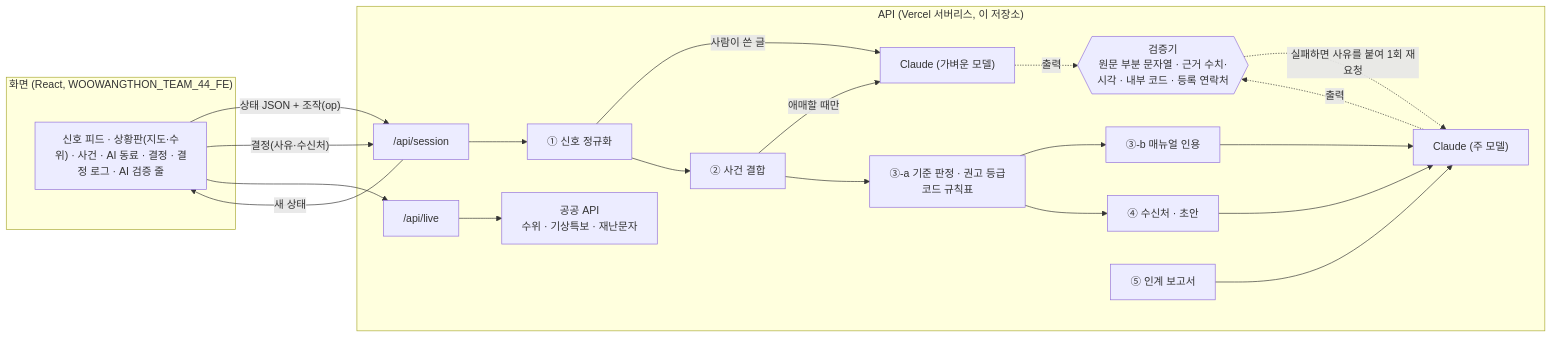
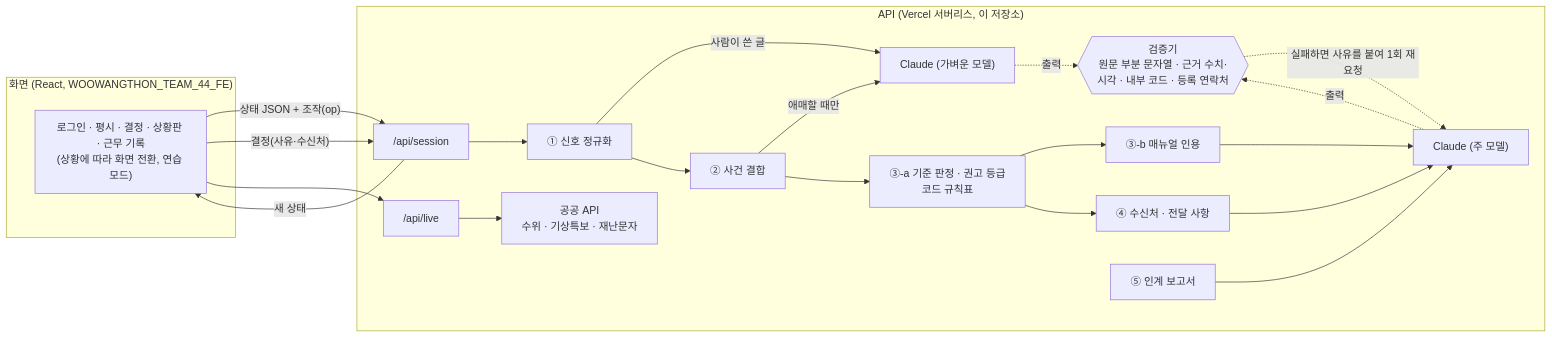
Before and after one commit to woowangthon/WOOWANGTHON_TEAM_44_BE: the diagram in README.md, drawn with Mermaid. The commit also changed other lines of this file and 14 other files, not shown here.

````diff
--- a/README.md
+++ b/README.md
@@ -49,27 +52,27 @@
 ```mermaid
 flowchart LR
   subgraph FE["화면 (React, WOOWANGTHON_TEAM_44_FE)"]
-    UI["신호 피드 · 상황판(지도·수위) · 사건 · AI 동료 · 결정 · 결정 로그 · AI 검증 줄"]
+    UI["로그인 · 평시 · 결정 · 상황판 · 근무 기록<br/>(상황에 따라 화면 전환, 연습 모드)"]
   end
   subgraph BE["API (Vercel 서버리스, 이 저장소)"]
     S["/api/session"] --> N["① 신호 정규화"]
     N -->|사람이 쓴 글| L1["Claude (가벼운 모델)"]
     N --> A["② 사건 결합"]
     A -->|애매할 때만| L1
     A --> C["③-a 기준 판정 · 권고 등급<br/>코드 규칙표"]
     C --> Q["③-b 매뉴얼 인용"]
     Q --> L2["Claude (주 모델)"]
-    C --> D["④ 수신처 · 초안"]
+    C --> D["④ 수신처 · 전달 사항"]
     D --> L2
     V{{"검증기<br/>원문 부분 문자열 · 근거 수치·시각 · 내부 코드 · 등록 연락처"}}
     L1 -.출력.-> V
     L2 -.출력.-> V
     V -.실패하면 사유를 붙여 1회 재요청.-> L2
     H["⑤ 인계 보고서"] --> L2
     LV["/api/live"] --> P["공공 API<br/>수위 · 기상특보 · 재난문자"]
   end
   UI -- "상태 JSON + 조작(op)" --> S
   S -- "새 상태" --> UI
   UI -- "결정(사유·수신처)" --> S
   UI --> LV
 ```
````
